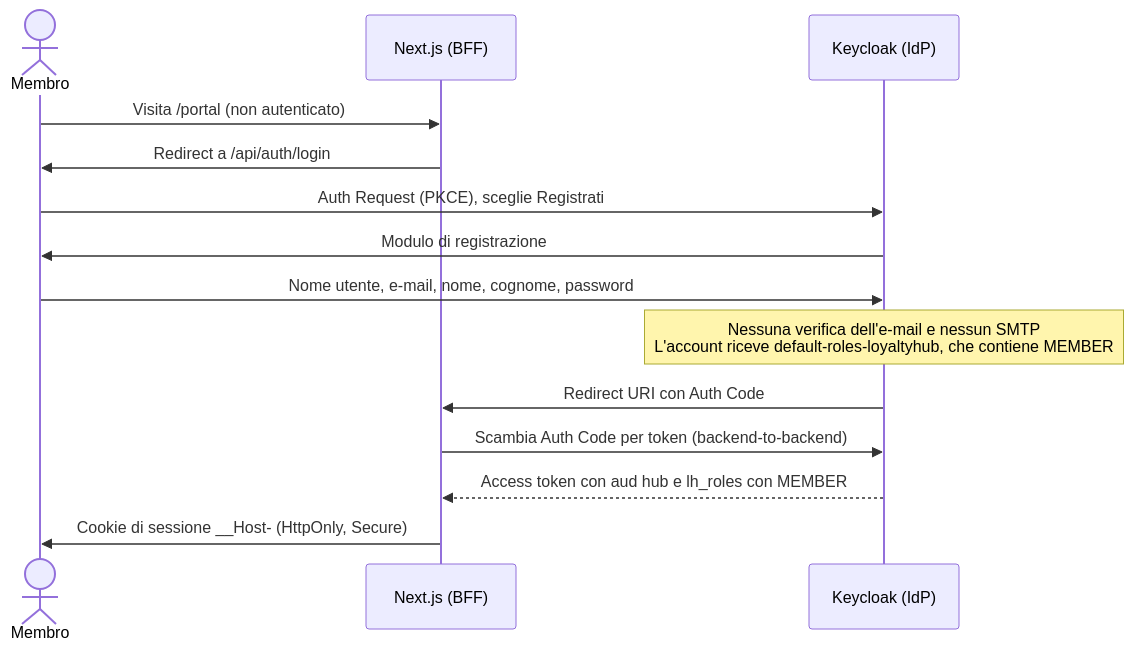
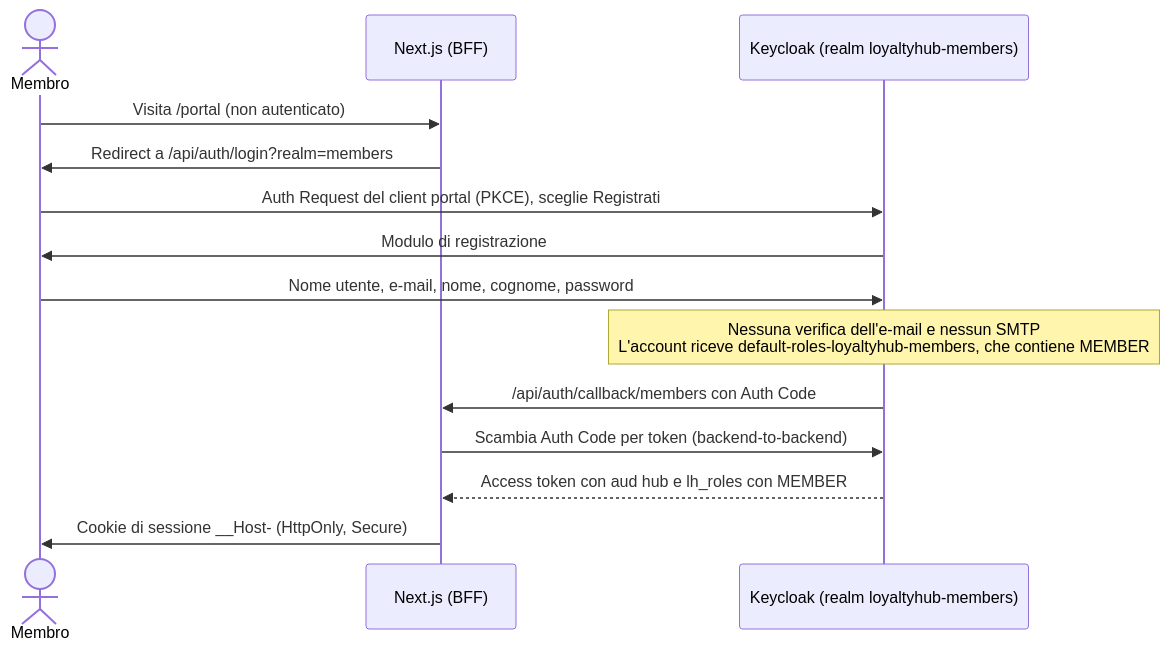
Before and after one commit to peppe-ruv/Loyalty_Sys: the first of 3 diagrams in deploy/idp/README.md, drawn with Mermaid. The commit also changed other lines of this file and 55 other files, not shown here.

First line of the commit message:
feat(idp): realm loyaltyhub-members e BFF con due login [F2-IAM-01, F2-IAM-03, ADR-051, Q-673, Q-676, docs/18 M8.14 R2] (#203)

````diff
--- a/deploy/idp/README.md
+++ b/deploy/idp/README.md
@@ -178,19 +199,19 @@
 ```mermaid
 sequenceDiagram
     accTitle: Auto-registrazione di un membro
-    accDescr: Il membro si registra nel modulo di Keycloak senza verifica dell'e-mail, riceve il ruolo predefinito MEMBER e il BFF ottiene un token con lh_roles che contiene MEMBER
+    accDescr: Il membro si registra nel modulo del realm dei membri di Keycloak senza verifica dell'e-mail, riceve il ruolo predefinito MEMBER e il BFF, con il client portal, ottiene un token con lh_roles che contiene MEMBER
     actor Membro
     participant NextJS as Next.js (BFF)
-    participant Keycloak as Keycloak (IdP)
+    participant Keycloak as Keycloak (realm loyaltyhub-members)
 
     Membro->>NextJS: Visita /portal (non autenticato)
-    NextJS->>Membro: Redirect a /api/auth/login
-    Membro->>Keycloak: Auth Request (PKCE), sceglie Registrati
+    NextJS->>Membro: Redirect a /api/auth/login?realm=members
+    Membro->>Keycloak: Auth Request del client portal (PKCE), sceglie Registrati
     Keycloak->>Membro: Modulo di registrazione
     Membro->>Keycloak: Nome utente, e-mail, nome, cognome, password
-    Note over Keycloak: Nessuna verifica dell'e-mail e nessun SMTP<br/>L'account riceve default-roles-loyaltyhub, che contiene MEMBER
-    Keycloak->>NextJS: Redirect URI con Auth Code
+    Note over Keycloak: Nessuna verifica dell'e-mail e nessun SMTP<br/>L'account riceve default-roles-loyaltyhub-members, che contiene MEMBER
+    Keycloak->>NextJS: /api/auth/callback/members con Auth Code
     NextJS->>Keycloak: Scambia Auth Code per token (backend-to-backend)
     Keycloak-->>NextJS: Access token con aud hub e lh_roles con MEMBER
     NextJS->>Membro: Cookie di sessione __Host- (HttpOnly, Secure)
 ```
````
